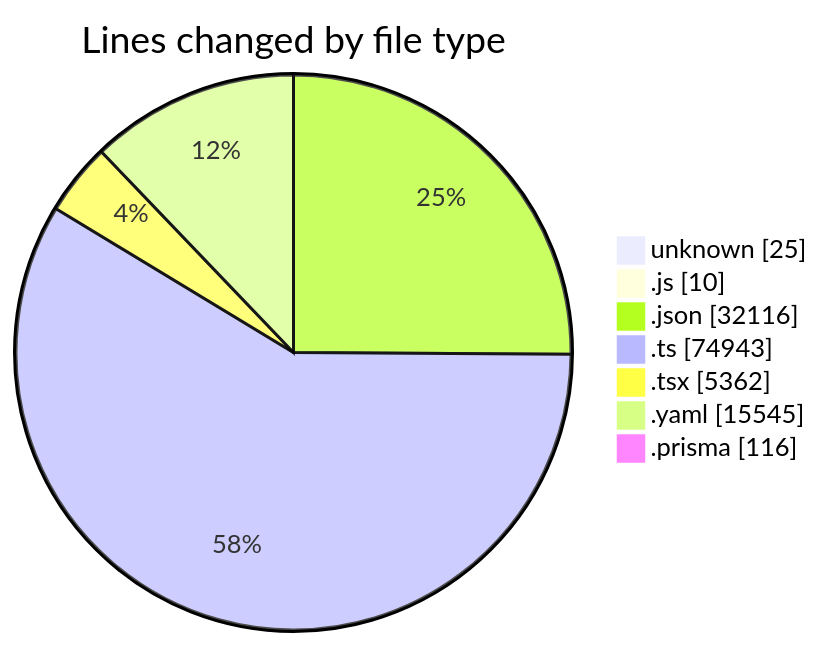
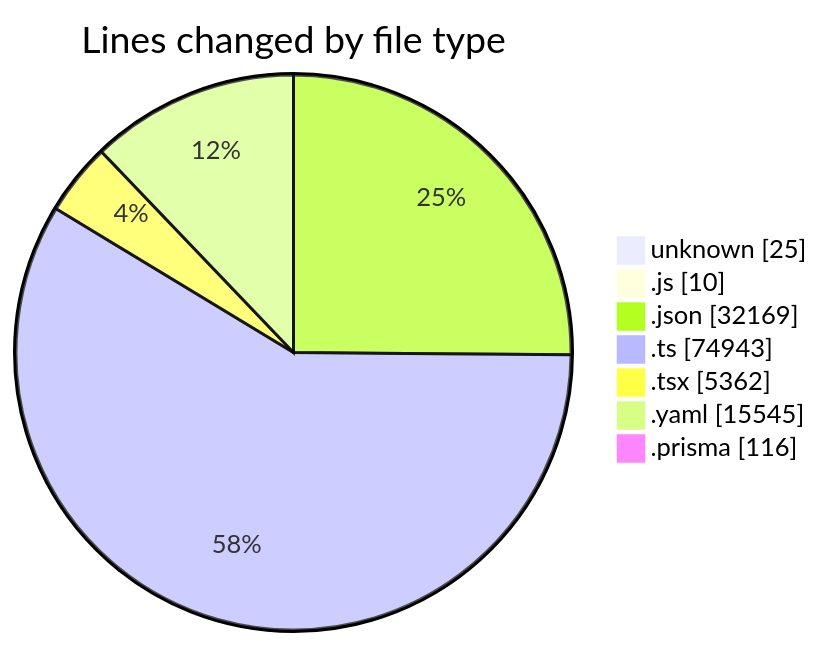
The first of 2 diagrams in 2025-05-02/ecodeli/README.md (CELIANVF/code-tracking), drawn with Mermaid before and after one commit. The commit also changed other lines of this file and 1 other file, not shown here.

````diff
--- a/2025-05-02/ecodeli/README.md
+++ b/2025-05-02/ecodeli/README.md
@@ -80,11 +80,11 @@
 ```mermaid
 pie showData
 title Lines changed by file type
 "unknown" : 25
 ".js" : 10
-".json" : 32116
+".json" : 32169
 ".ts" : 74943
 ".tsx" : 5362
 ".yaml" : 15545
 ".prisma" : 116
 ```
````
